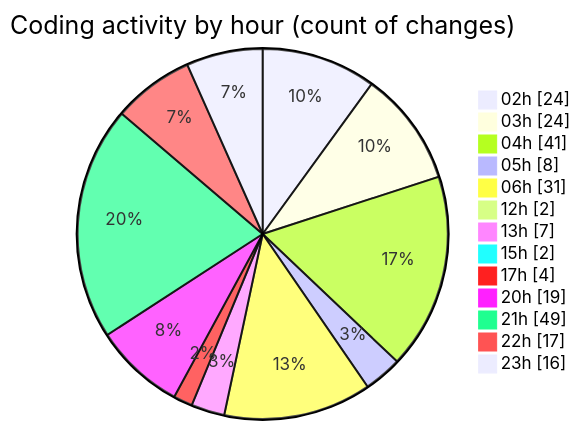
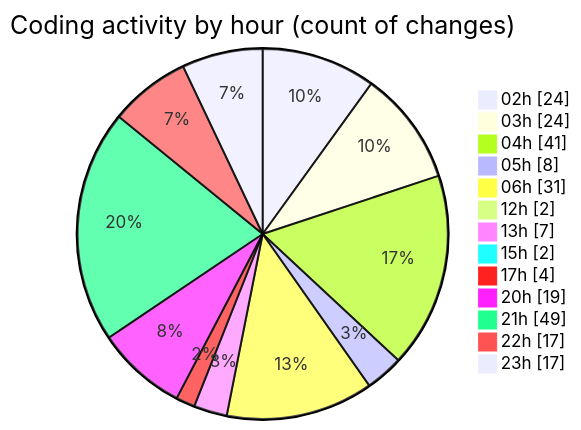
The second of 2 diagrams in 2025-07-23/quanlyrapchieuphim/README.md (lephambinh05/code-tracking), drawn with Mermaid before and after one commit. The commit also changed other lines of this file and 1 other file, not shown here.

````diff
--- a/2025-07-23/quanlyrapchieuphim/README.md
+++ b/2025-07-23/quanlyrapchieuphim/README.md
@@ -46,17 +46,17 @@
 ```mermaid
 pie showData
 title Coding activity by hour (count of changes)
 "02h" : 24
 "03h" : 24
 "04h" : 41
 "05h" : 8
 "06h" : 31
 "12h" : 2
 "13h" : 7
 "15h" : 2
 "17h" : 4
 "20h" : 19
 "21h" : 49
 "22h" : 17
-"23h" : 16
+"23h" : 17
 ```
````
